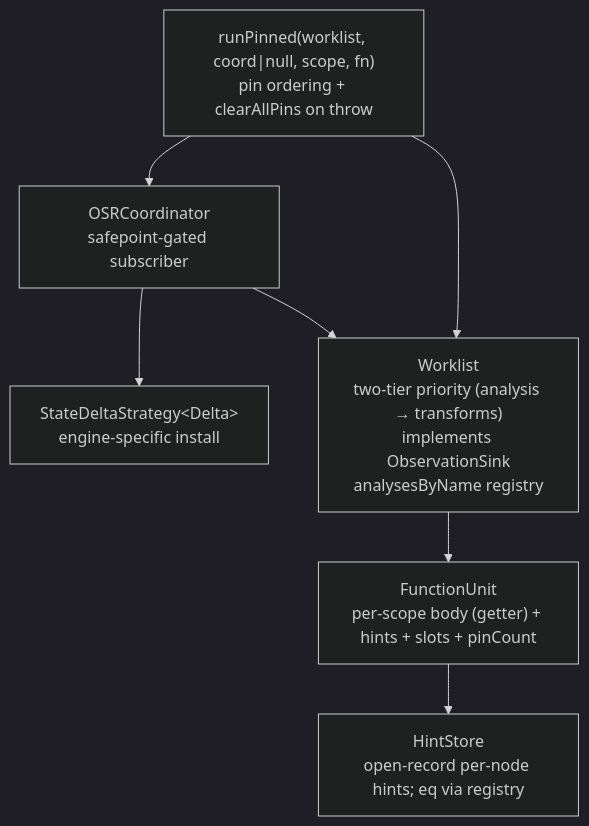
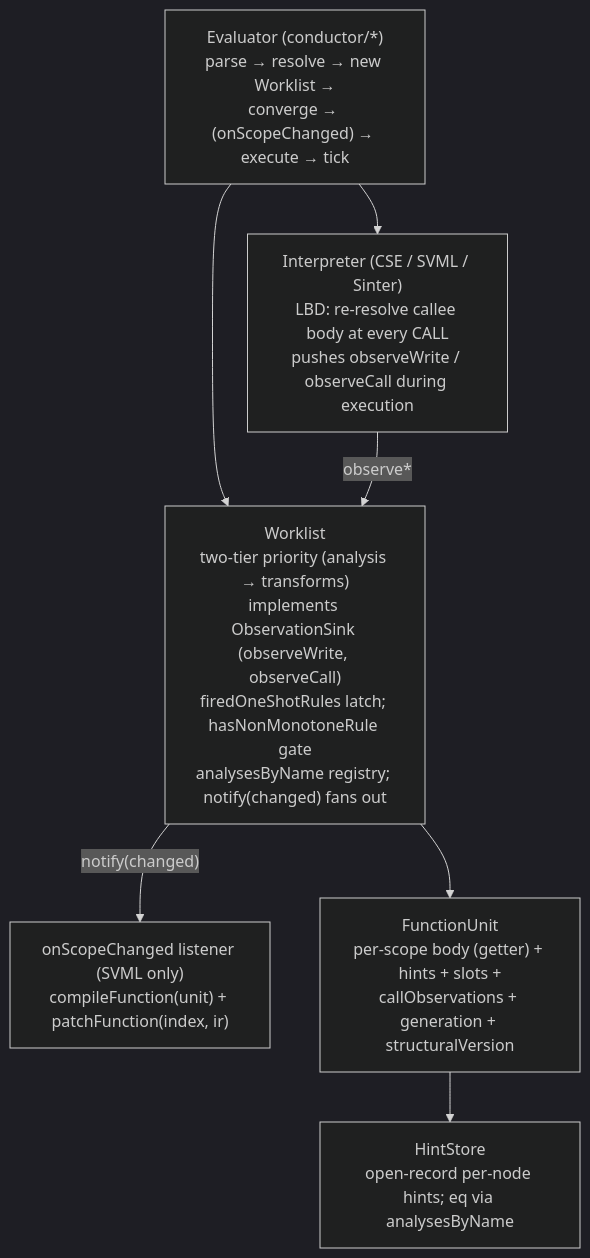
Before and after one commit to loyaltypollution/py-slang: the diagram in docs/optimization-roadmap.md, drawn with Mermaid (dark theme). The commit also changed other lines of this file and 33 other files, not shown here.

````diff
--- a/docs/optimization-roadmap.md
+++ b/docs/optimization-roadmap.md
@@ -293,16 +291,16 @@
 ```mermaid
 flowchart TB
-    RP["runPinned(worklist, coord|null, scope, fn)<br/>pin ordering + clearAllPins on throw"]
-    OSR["OSRCoordinator<br/>safepoint-gated subscriber"]
-    SDS["StateDeltaStrategy&lt;Delta&gt;<br/>engine-specific install"]
-    WL["Worklist<br/>two-tier priority (analysis → transforms)<br/>implements ObservationSink<br/>analysesByName registry"]
-    FU["FunctionUnit<br/>per-scope body (getter) + hints + slots + pinCount"]
-    HS["HintStore<br/>open-record per-node hints; eq via registry"]
+    EV["Evaluator (conductor/*)<br/>parse → resolve → new Worklist →<br/>converge → (onScopeChanged) → execute → tick"]
+    WL["Worklist<br/>two-tier priority (analysis → transforms)<br/>implements ObservationSink (observeWrite, observeCall)<br/>firedOneShotRules latch; hasNonMonotoneRule gate<br/>analysesByName registry; notify(changed) fans out"]
+    INT["Interpreter (CSE / SVML / Sinter)<br/>LBD: re-resolve callee body at every CALL<br/>pushes observeWrite / observeCall during execution"]
+    CB["onScopeChanged listener (SVML only)<br/>compileFunction(unit) + patchFunction(index, ir)"]
+    FU["FunctionUnit<br/>per-scope body (getter) + hints + slots +<br/>callObservations + generation + structuralVersion"]
+    HS["HintStore<br/>open-record per-node hints; eq via analysesByName"]
 
-    RP --> WL
-    RP --> OSR
-    OSR --> SDS
-    OSR --> WL
+    EV --> WL
+    EV --> INT
+    INT -- observe* --> WL
+    WL -- notify(changed) --> CB
     WL --> FU
     FU --> HS
 ```
````
